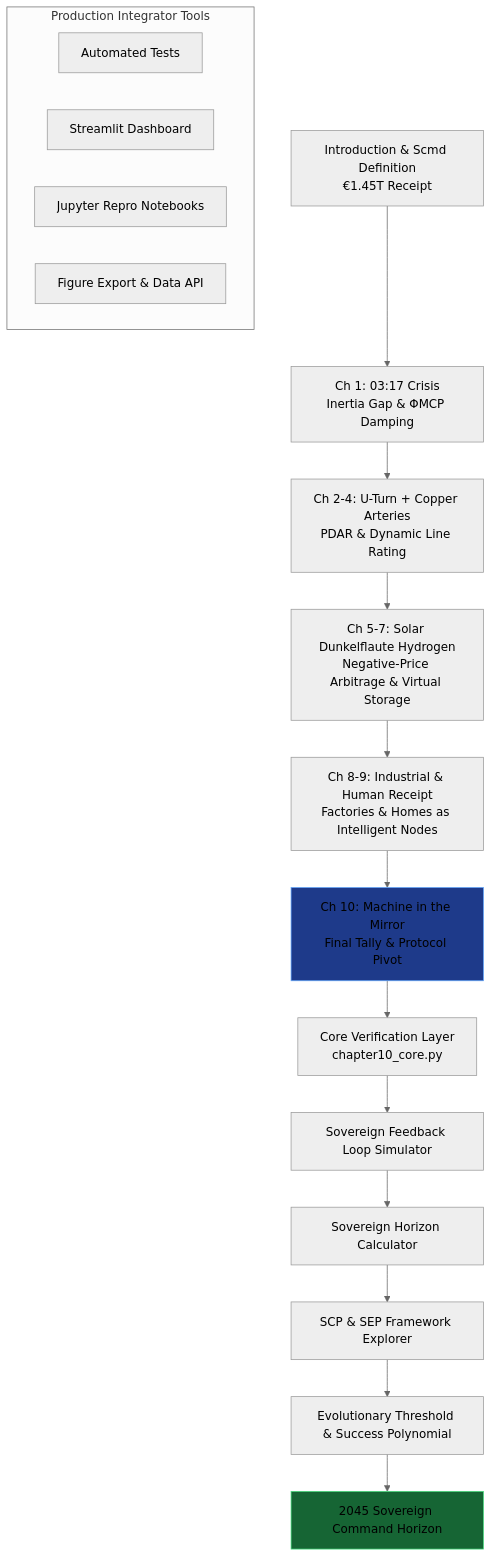
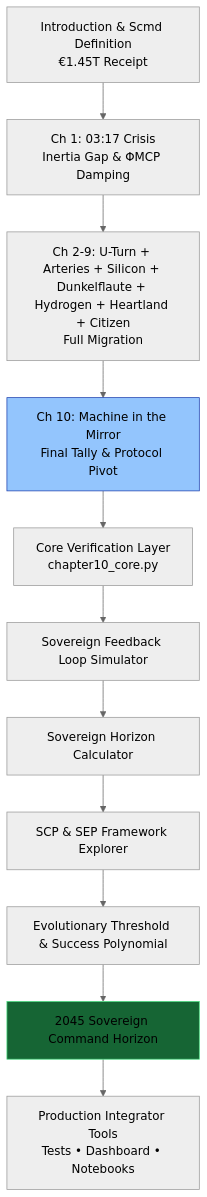
One commit to iceccarelli/Renewables_Migration_Chapter10_Proof_Engine changed the third of 3 diagrams in README.md. Above: the diagram before and after it, drawn with Mermaid (neutral theme). The commit also changed other lines of this file, not shown here.

````diff
--- a/README.md
+++ b/README.md
@@ -33,26 +71,15 @@
 ```mermaid
 graph TD
-    A[Introduction & Scmd Definition<br/>€1.45T Receipt] 
-    --> B[Ch 1: 03:17 Crisis<br/>Inertia Gap & ΦMCP Damping]
-    B --> C[Ch 2-4: U-Turn + Copper Arteries<br/>PDAR & Dynamic Line Rating]
-    C --> D[Ch 5-7: Solar Dunkelflaute Hydrogen<br/>Negative-Price Arbitrage & Virtual Storage]
-    D --> E[Ch 8-9: Industrial & Human Receipt<br/>Factories & Homes as Intelligent Nodes]
-    E --> F[Ch 10: Machine in the Mirror<br/>Final Tally & Protocol Pivot]
-    
-    F --> G[Core Verification Layer<br/>chapter10_core.py]
-    G --> H[Sovereign Feedback Loop Simulator]
-    H --> I[Sovereign Horizon Calculator]
-    I --> J[SCP & SEP Framework Explorer]
-    J --> K[Evolutionary Threshold & Success Polynomial]
-    K --> L[2045 Sovereign Command Horizon]
-    
-    subgraph Production Integrator Tools
-        M[Automated Tests]
-        N[Streamlit Dashboard]
-        O[Jupyter Repro Notebooks]
-        P[Figure Export & Data API]
-    end
-    
-    style F fill:#1e3a8a,stroke:#60a5fa
-    style L fill:#166534,stroke:#4ade80
+    A[Introduction & Scmd Definition<br/>€1.45T Receipt] --> B[Ch 1: 03:17 Crisis<br/>Inertia Gap & ΦMCP Damping]
+    B --> C[Ch 2-9: U-Turn + Arteries + Silicon + Dunkelflaute + Hydrogen + Heartland + Citizen<br/>Full Migration]
+    C --> D[Ch 10: Machine in the Mirror<br/>Final Tally & Protocol Pivot]
+    D --> E[Core Verification Layer<br/>chapter10_core.py]
+    E --> F[Sovereign Feedback Loop Simulator]
+    F --> G[Sovereign Horizon Calculator]
+    G --> H[SCP & SEP Framework Explorer]
+    H --> I[Evolutionary Threshold & Success Polynomial]
+    I --> J[2045 Sovereign Command Horizon]
+    J --> K[Production Integrator Tools<br/>Tests • Dashboard • Notebooks]
+    style D fill:#93c5fd,stroke:#1e40af
+    style J fill:#166534,stroke:#4ade80
 ```
````
